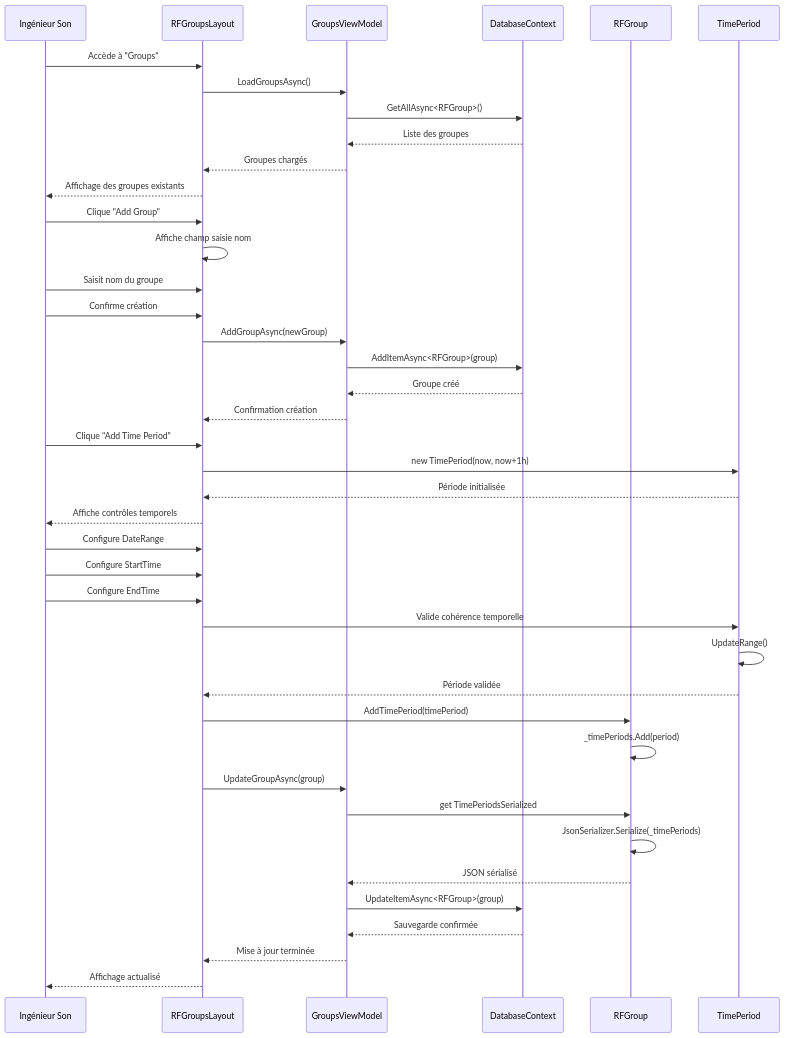
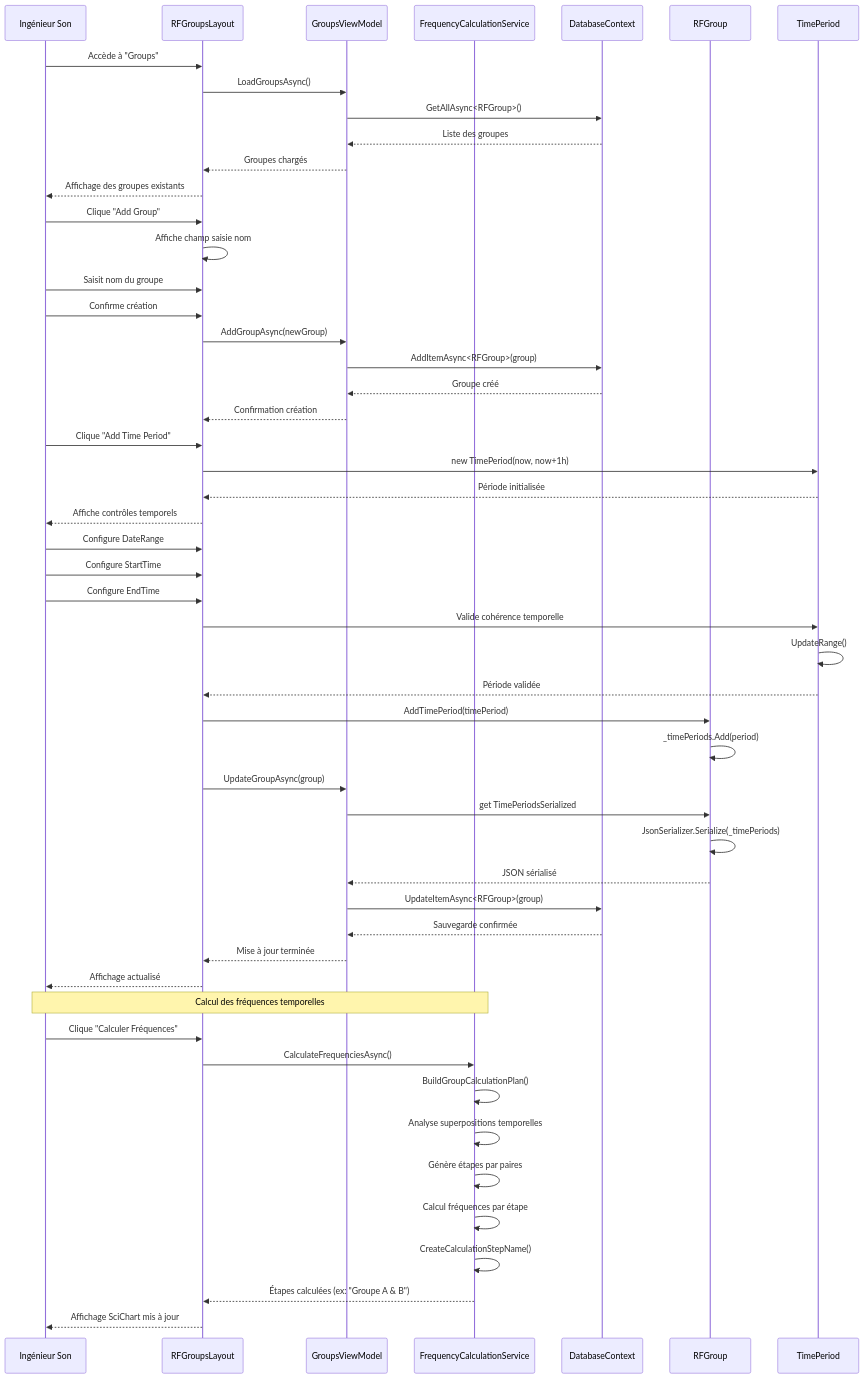
Before and after one commit to Beatwen/RF_Go: the first of 2 diagrams in docusaurus/docs/uml-analysis/use-cases/uc-005.md, drawn with Mermaid. The commit also changed other lines of this file and 17 other files, not shown here.

Commit message:
Better handling of groups : when deleting a group, devices get to a new group. Groups calculation is better.  When adding device, you can assign them to groups.

````diff
--- a/docusaurus/docs/uml-analysis/use-cases/uc-005.md
+++ b/docusaurus/docs/uml-analysis/use-cases/uc-005.md
@@ -116,48 +138,60 @@
 ```mermaid
 sequenceDiagram
     participant IS as Ingénieur Son
     participant UI as RFGroupsLayout
     participant GVM as GroupsViewModel  
+    participant FCS as FrequencyCalculationService
     participant BD as DatabaseContext
     participant RFG as RFGroup
     participant TP as TimePeriod
 
     IS->>UI: Accède à "Groups"
     UI->>GVM: LoadGroupsAsync()
     GVM->>BD: GetAllAsync<RFGroup>()
     BD-->>GVM: Liste des groupes
     GVM-->>UI: Groupes chargés
     UI-->>IS: Affichage des groupes existants
 
     IS->>UI: Clique "Add Group"
     UI->>UI: Affiche champ saisie nom
     IS->>UI: Saisit nom du groupe
     IS->>UI: Confirme création
     UI->>GVM: AddGroupAsync(newGroup)
     GVM->>BD: AddItemAsync<RFGroup>(group)
     BD-->>GVM: Groupe créé
     GVM-->>UI: Confirmation création
 
     IS->>UI: Clique "Add Time Period"
     UI->>TP: new TimePeriod(now, now+1h)
     TP-->>UI: Période initialisée
     UI-->>IS: Affiche contrôles temporels
 
     IS->>UI: Configure DateRange
     IS->>UI: Configure StartTime
     IS->>UI: Configure EndTime
     UI->>TP: Valide cohérence temporelle
     TP->>TP: UpdateRange()
     TP-->>UI: Période validée
 
     UI->>RFG: AddTimePeriod(timePeriod)
     RFG->>RFG: _timePeriods.Add(period)
     UI->>GVM: UpdateGroupAsync(group)
     GVM->>RFG: get TimePeriodsSerialized
     RFG->>RFG: JsonSerializer.Serialize(_timePeriods)
     RFG-->>GVM: JSON sérialisé
     GVM->>BD: UpdateItemAsync<RFGroup>(group)
     BD-->>GVM: Sauvegarde confirmée
     GVM-->>UI: Mise à jour terminée
     UI-->>IS: Affichage actualisé
+
+    Note over IS,FCS: Calcul des fréquences temporelles
+    IS->>UI: Clique "Calculer Fréquences"
+    UI->>FCS: CalculateFrequenciesAsync()
+    FCS->>FCS: BuildGroupCalculationPlan()
+    FCS->>FCS: Analyse superpositions temporelles
+    FCS->>FCS: Génère étapes par paires
+    FCS->>FCS: Calcul fréquences par étape
+    FCS->>FCS: CreateCalculationStepName()
+    FCS-->>UI: Étapes calculées (ex: "Groupe A & B")
+    UI-->>IS: Affichage SciChart mis à jour
 ```
````
